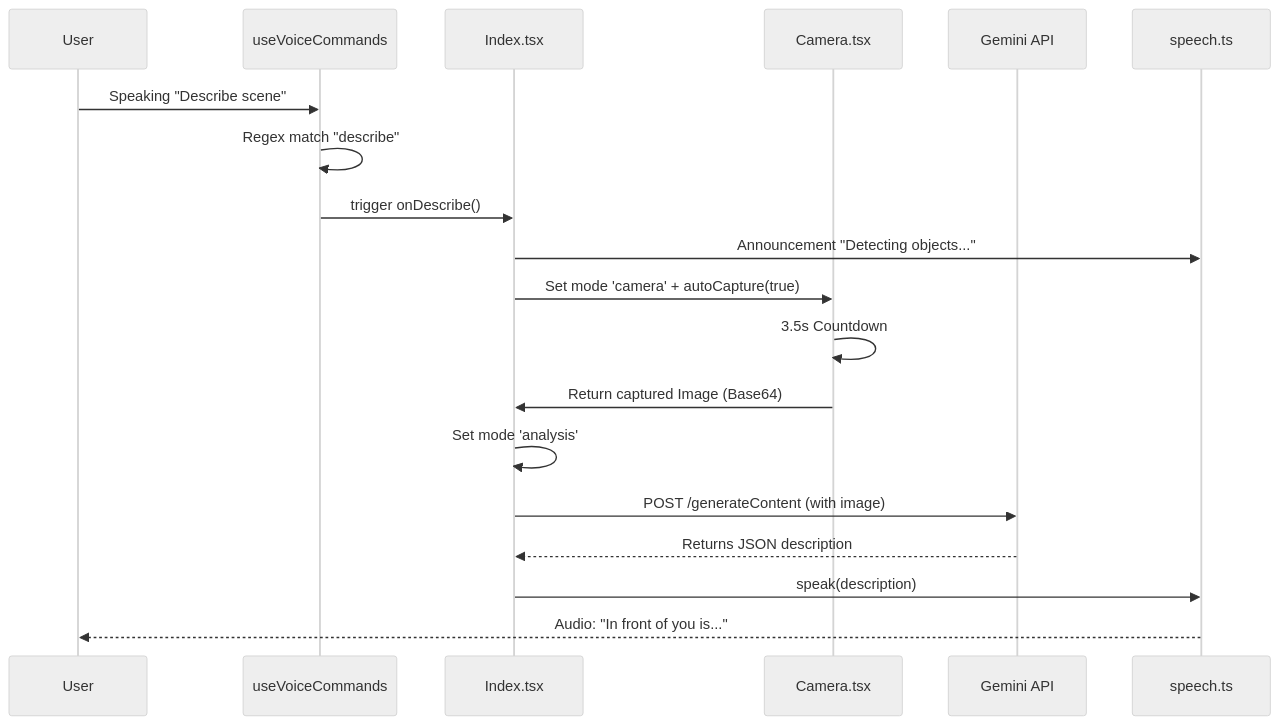
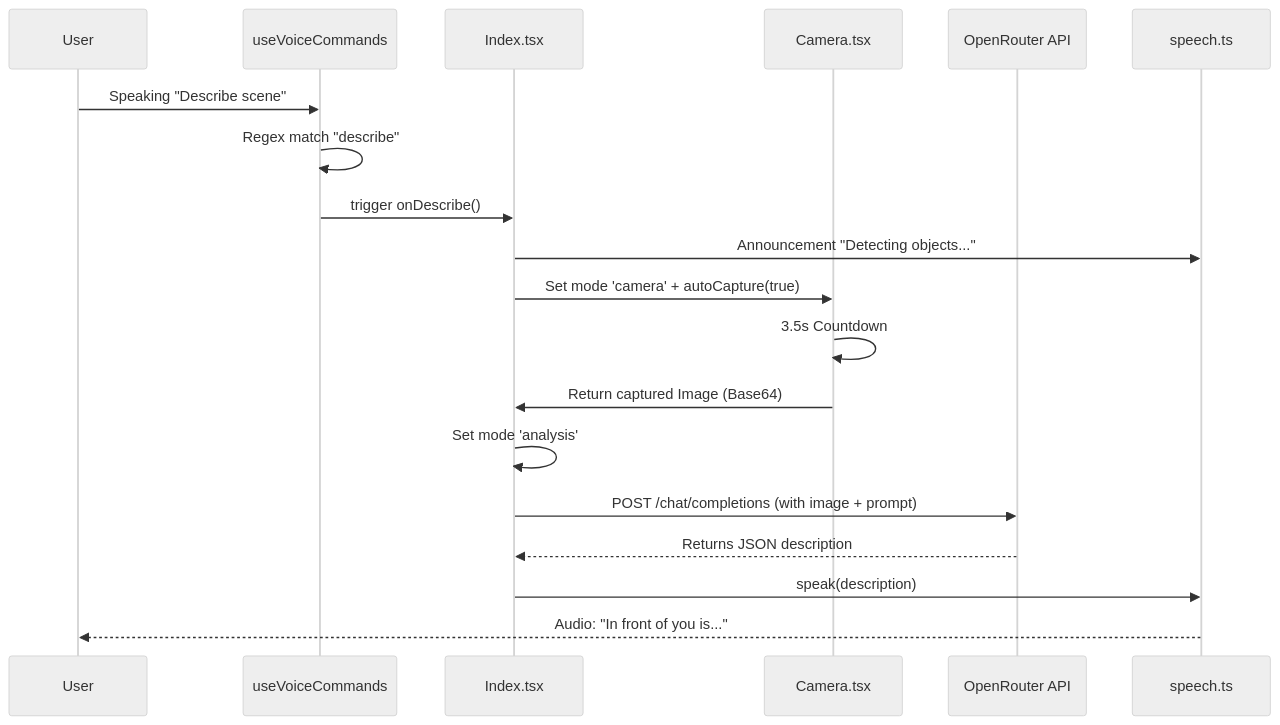
The second of 2 diagrams in PROJECT_DOCUMENTATION.md (arindayum/noongil-vision-guide), drawn with Mermaid (neutral theme) before and after one commit. The commit also changed other lines of this file and 5 other files, not shown here.

Commit message:
updated to open router api key

````diff
--- a/PROJECT_DOCUMENTATION.md
+++ b/PROJECT_DOCUMENTATION.md
@@ -49,22 +49,22 @@
 ```mermaid
 sequenceDiagram
     participant U as User
     participant V as useVoiceCommands
     participant I as Index.tsx
     participant C as Camera.tsx
-    participant G as Gemini API
+    participant O as OpenRouter API
     participant S as speech.ts
 
     U->>V: Speaking "Describe scene"
     V->>V: Regex match "describe"
     V->>I: trigger onDescribe()
     I->>S: Announcement "Detecting objects..."
     I->>C: Set mode 'camera' + autoCapture(true)
     C->>C: 3.5s Countdown
     C->>I: Return captured Image (Base64)
     I->>I: Set mode 'analysis'
-    I->>G: POST /generateContent (with image)
-    G-->>I: Returns JSON description
+    I->>O: POST /chat/completions (with image + prompt)
+    O-->>I: Returns JSON description
     I->>S: speak(description)
     S-->>U: Audio: "In front of you is..."
 ```
````
